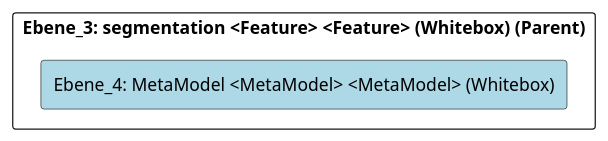
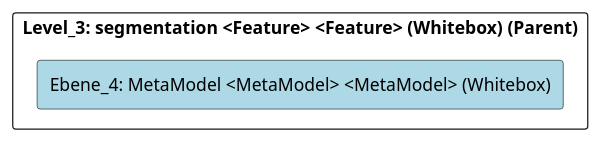
Before and after one commit to marcozwyssig/cleon: the diagram in doc/cleonproject_deliverables_architecture_model_architecture/adoc/de/05_bausteinsicht/cleon/modeling_languages/segmentation/metamodel/ebene_4_metamodel.adoc, drawn with PlantUML. The commit also changed other lines of this file and 169 other files, not shown here.

```diff
--- a/doc/cleonproject_deliverables_architecture_model_architecture/adoc/de/05_bausteinsicht/cleon/modeling_languages/segmentation/metamodel/ebene_4_metamodel.adoc
+++ b/doc/cleonproject_deliverables_architecture_model_architecture/adoc/de/05_bausteinsicht/cleon/modeling_languages/segmentation/metamodel/ebene_4_metamodel.adoc
@@ -24,24 +24,24 @@
 [plantuml, Ebene_4: MetaModel <MetaModel> <MetaModel> (Whitebox)BlockOverview, format="svg"]
 ----
 @startuml Ebene_4: MetaModel <MetaModel> <MetaModel> (Whitebox)BuildingBlockOverview
 
 skinparam ranksep 10
 skinparam componentStyle rectangle
 skinparam shadowing false
 skinparam arrowColor lightblue
 skinparam arrowThickness 1.2
 skinparam rectangle {
   BackgroundColor White
   BorderColor #333
   RoundCorner 10
 }
 top to bottom direction
 
-component "Ebene_3: segmentation <Feature> <Feature> (Whitebox) (Parent)" {
+component "Level_3: segmentation <Feature> <Feature> (Whitebox) (Parent)" {
     component "Ebene_4: MetaModel <MetaModel> <MetaModel> (Whitebox)" #lightblue {
     }
 
 }
 
 @enduml
 ----
```
